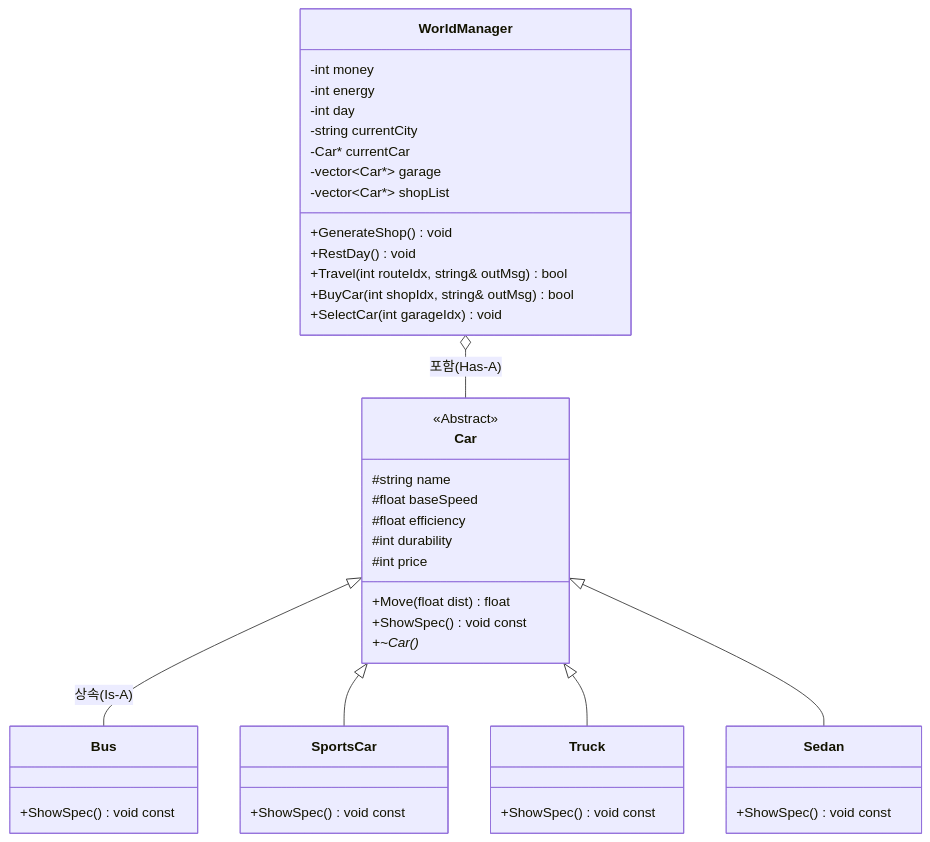
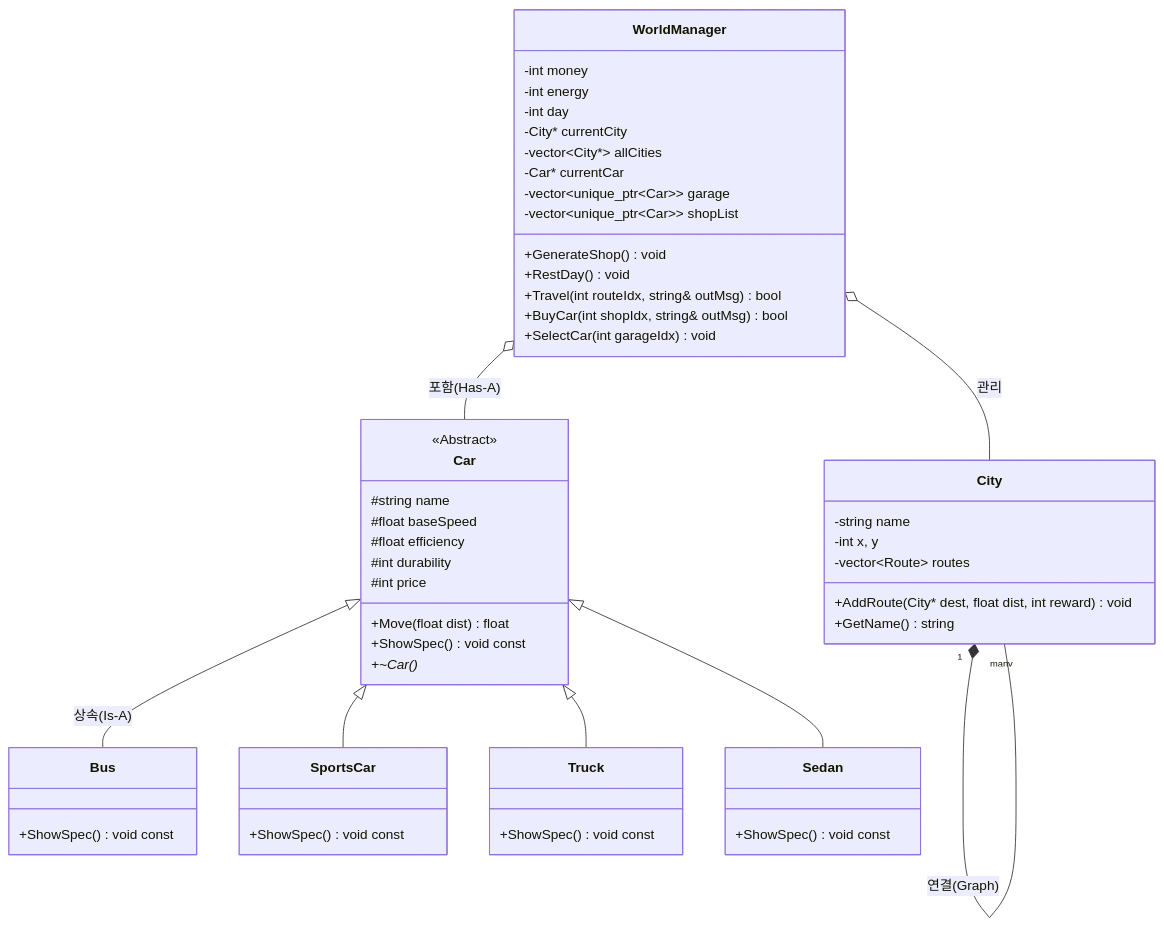
One commit to iamfreakin/PolyDrive changed the first of 2 diagrams in DOCS/01_Overview.md. Above: the diagram before and after it, drawn with Mermaid. The commit also changed other lines of this file and 13 other files, not shown here.

````diff
--- a/DOCS/01_Overview.md
+++ b/DOCS/01_Overview.md
@@ -15,39 +15,50 @@
 ```mermaid
 classDiagram
     class Car {
         <<Abstract>>
         #string name
         #float baseSpeed
         #float efficiency
         #int durability
         #int price
         +Move(float dist) float
         +ShowSpec() void const
         +~Car()*
     }
     class Bus { +ShowSpec() void const }
     class SportsCar { +ShowSpec() void const }
     class Truck { +ShowSpec() void const }
     class Sedan { +ShowSpec() void const }
 
+    class City {
+        -string name
+        -int x, y
+        -vector~Route~ routes
+        +AddRoute(City* dest, float dist, int reward) void
+        +GetName() string
+    }
+
     class WorldManager {
         -int money
         -int energy
         -int day
-        -string currentCity
+        -City* currentCity
+        -vector~City*~ allCities
         -Car* currentCar
-        -vector~Car*~ garage
-        -vector~Car*~ shopList
+        -vector~unique_ptr~Car~~ garage
+        -vector~unique_ptr~Car~~ shopList
         +GenerateShop() void
         +RestDay() void
         +Travel(int routeIdx, string& outMsg) bool
         +BuyCar(int shopIdx, string& outMsg) bool
         +SelectCar(int garageIdx) void
     }
 
     Car <|-- Bus : 상속(Is-A)
     Car <|-- SportsCar
     Car <|-- Truck
     Car <|-- Sedan
     WorldManager o-- Car : 포함(Has-A)
+    WorldManager o-- City : 관리
+    City "1" *-- "many" City : 연결(Graph)
 ```
````
